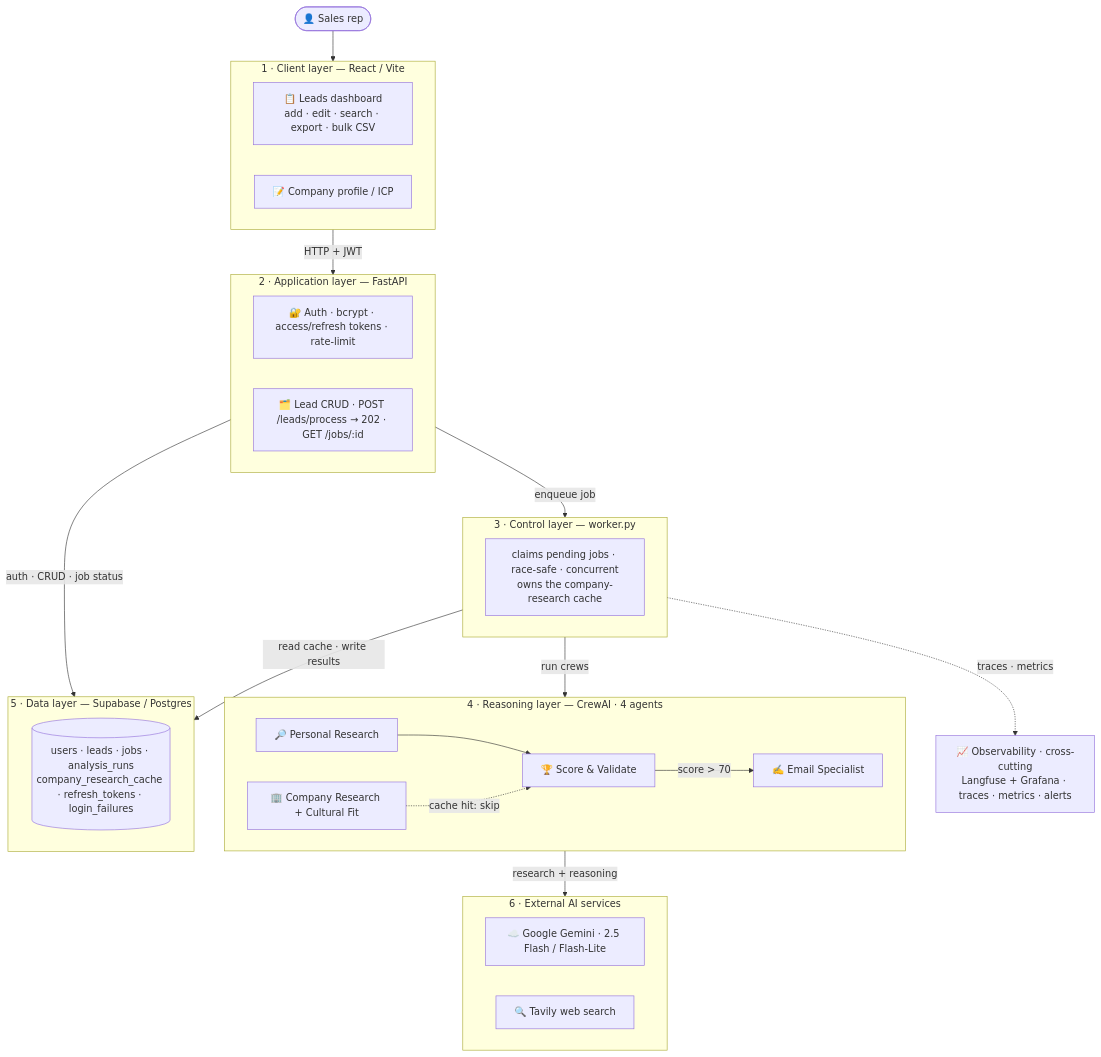
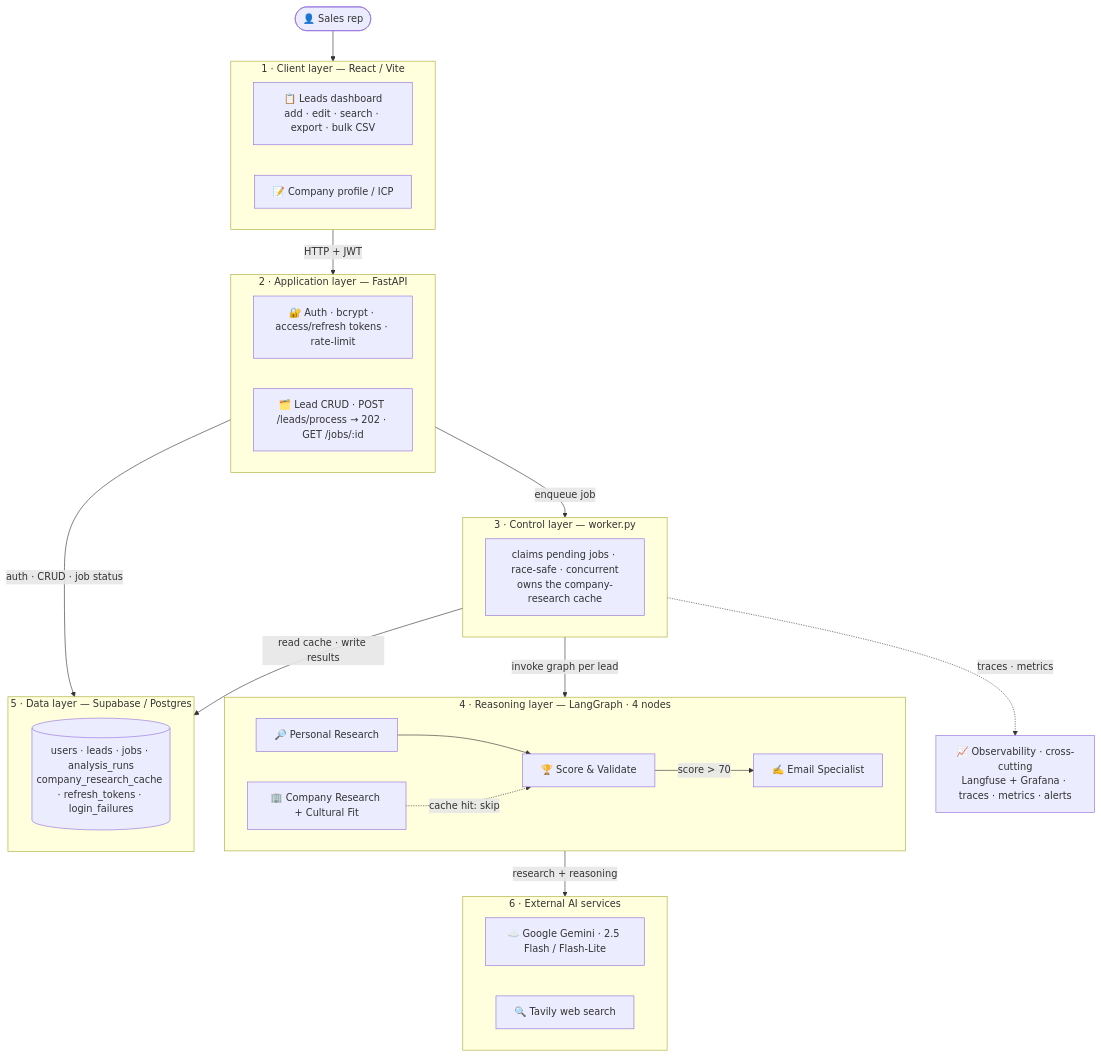
Before and after one commit to VIVPM/multi-crew-leads-dashboard: the diagram in README.md, drawn with Mermaid. The commit also changed other lines of this file, not shown here.

First line of the commit message:
Update the README for the LangGraph pipeline

````diff
--- a/README.md
+++ b/README.md
@@ -35,44 +35,44 @@
 ```mermaid
 graph TD
     User(["👤 Sales rep"])
 
     subgraph CLIENT ["1 · Client layer — React / Vite"]
         UI["📋 Leads dashboard<br>add · edit · search · export · bulk CSV"]
         ICP["📝 Company profile / ICP"]
     end
 
     subgraph APP ["2 · Application layer — FastAPI"]
         Auth["🔐 Auth · bcrypt · access/refresh tokens · rate-limit"]
         REST["🗂️ Lead CRUD · POST /leads/process → 202 · GET /jobs/:id"]
     end
 
     subgraph CTRL ["3 · Control layer — worker.py"]
         Claim["claims pending jobs · race-safe · concurrent<br>owns the company-research cache"]
     end
 
-    subgraph AI ["4 · Reasoning layer — CrewAI · 4 agents"]
+    subgraph AI ["4 · Reasoning layer — LangGraph · 4 nodes"]
         A1["🔎 Personal Research"] --> A3["🏆 Score &amp; Validate"]
         A2["🏢 Company Research + Cultural Fit"] -.->|cache hit: skip| A3
         A3 -->|score &gt; 70| E1["✍️ Email Specialist"]
     end
 
     subgraph DATA ["5 · Data layer — Supabase / Postgres"]
         Tbls[("users · leads · jobs · analysis_runs<br>company_research_cache · refresh_tokens · login_failures")]
     end
 
     subgraph EXT ["6 · External AI services"]
         LLM["☁️ Google Gemini · 2.5 Flash / Flash-Lite"]
         Tavily["🔍 Tavily web search"]
     end
 
     OBS["📈 Observability · cross-cutting<br>Langfuse + Grafana · traces · metrics · alerts"]
 
     User --> CLIENT
     CLIENT -->|HTTP + JWT| APP
     APP -->|auth · CRUD · job status| DATA
     APP -->|enqueue job| CTRL
-    CTRL -->|run crews| AI
+    CTRL -->|invoke graph per lead| AI
     AI -->|research + reasoning| EXT
     CTRL -->|read cache · write results| DATA
     CTRL -.->|traces · metrics| OBS
 ```
````
